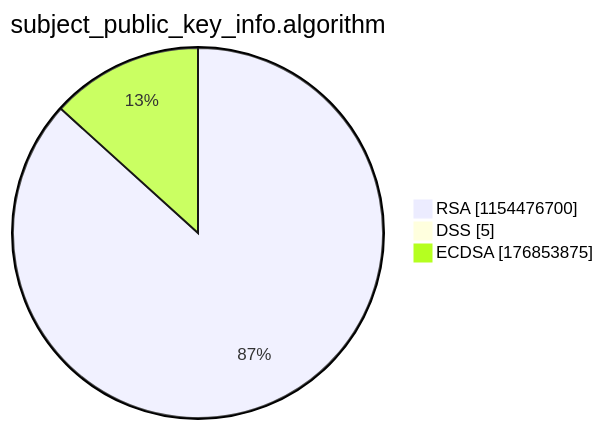
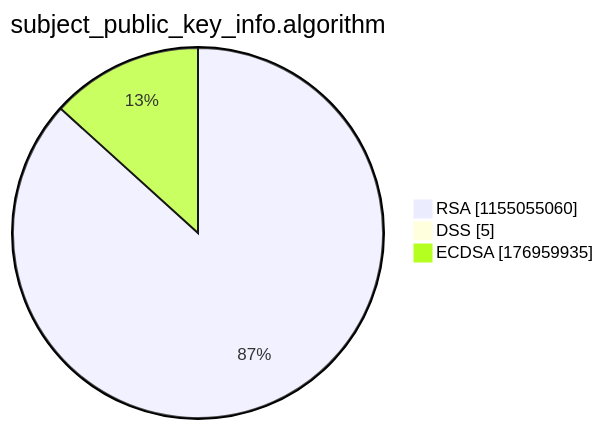
One commit to christiankrug/ctmonitor_visualization changed the third of 15 diagrams in argon2022/README.md. Above: the diagram before and after it, drawn with Mermaid. The commit also changed other lines of this file, not shown here.

````diff
--- a/argon2022/README.md
+++ b/argon2022/README.md
@@ -14,7 +14,7 @@
 ```mermaid
 pie showData
 title subject_public_key_info.algorithm
-"RSA" :1154476700
+"RSA" :1155055060
 "DSS" :5
-"ECDSA" :176853875
+"ECDSA" :176959935
 ```
````
